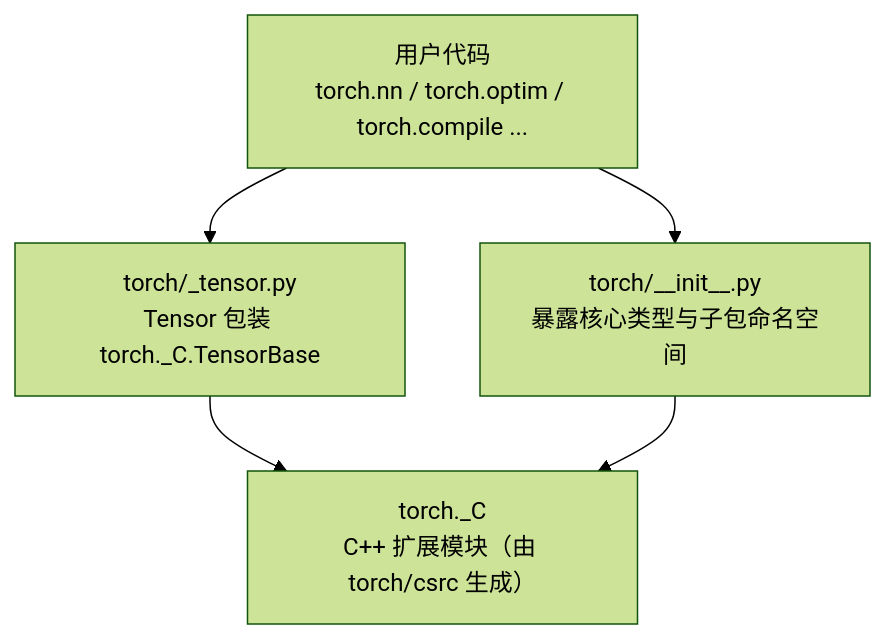
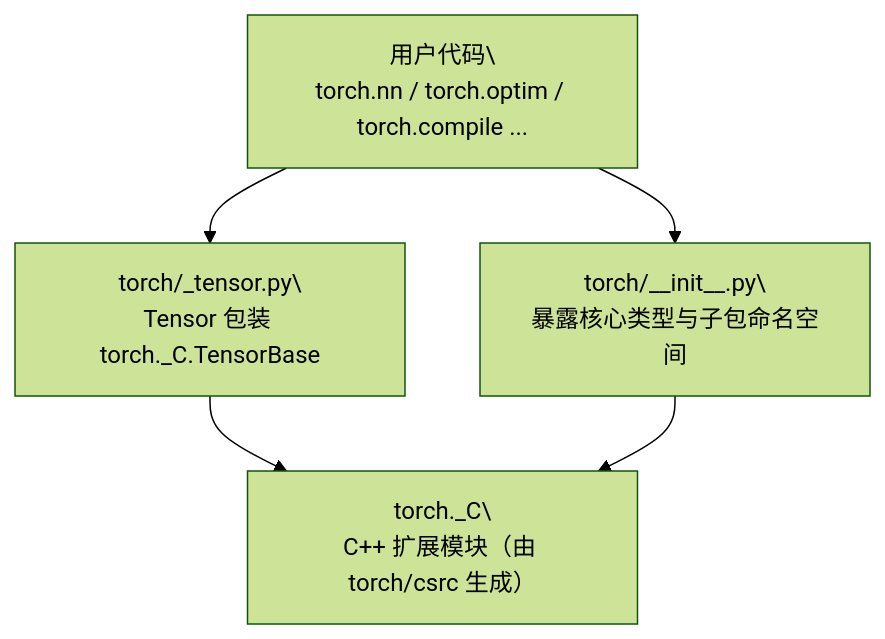
The diagram in docs/knowledge/pytorch/pytorch-python-package.md (stevexiaofei/second-brain), drawn with Mermaid (forest theme) before and after one commit. The commit also changed 14 other files, not shown here.

First line of the commit message:
docs: bump mermaid font sizes and replace <br/> with real newlines

````diff
--- a/docs/knowledge/pytorch/pytorch-python-package.md
+++ b/docs/knowledge/pytorch/pytorch-python-package.md
@@ -119,11 +119,15 @@
 ```mermaid
 graph TD
-    User["用户代码<br/>torch.nn / torch.optim / torch.compile ..."]
-    Init["torch/__init__.py<br/>暴露核心类型与子包命名空间"]
-    Tensor["torch/_tensor.py<br/>Tensor 包装 torch._C.TensorBase"]
-    C["torch._C<br/>C++ 扩展模块（由 torch/csrc 生成）"]
+    User["用户代码\
+torch.nn / torch.optim / torch.compile ..."]
+    Init["torch/__init__.py\
+暴露核心类型与子包命名空间"]
+    Tensor["torch/_tensor.py\
+Tensor 包装 torch._C.TensorBase"]
+    C["torch._C\
+C++ 扩展模块（由 torch/csrc 生成）"]
     User --> Init
     User --> Tensor
     Tensor --> C
     Init --> C
 ```
````
